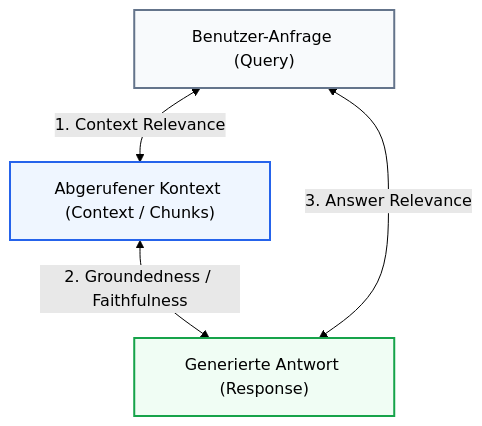
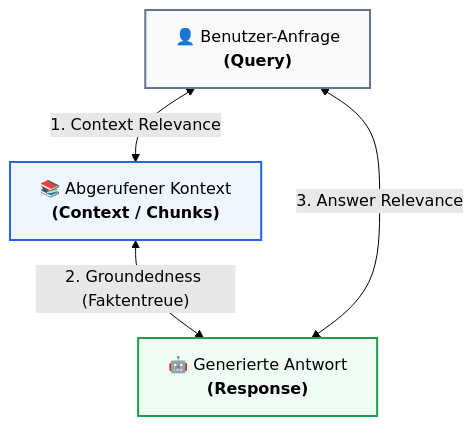
One commit to Lunaman06/Annex22 changed the second of 3 diagrams in docs/de/appendix_genai_rag_gxp.md. Above: the diagram before and after it, drawn with Mermaid (forest theme). The commit also changed other lines of this file and 29 other files, not shown here.

Commit message:
style(docs): optimize mermaid diagram aspect ratios, edge flows and legibility across all DE and EN modules

````diff
--- a/docs/de/appendix_genai_rag_gxp.md
+++ b/docs/de/appendix_genai_rag_gxp.md
@@ -91,14 +102,14 @@
 ```mermaid
-graph TD
-    Q["Benutzer-Anfrage (Query)"]
-    C["Abgerufener Kontext (Context / Chunks)"]
-    A["Generierte Antwort (Response)"]
+flowchart TD
+    Q["👤 Benutzer-Anfrage<br/><b>(Query)</b>"]
+    C["📚 Abgerufener Kontext<br/><b>(Context / Chunks)</b>"]
+    A["🤖 Generierte Antwort<br/><b>(Response)</b>"]
 
-    Q <-->|1. Context Relevance| C
-    C <-->|2. Groundedness / Faithfulness| A
-    Q <-->|3. Answer Relevance| A
+    Q <-->|"1. Context Relevance"| C
+    C <-->|"2. Groundedness (Faktentreue)"| A
+    Q <-->|"3. Answer Relevance"| A
 
     style Q fill:#f8fafc,stroke:#64748b,stroke-width:2px
     style C fill:#eff6ff,stroke:#2563eb,stroke-width:2px
     style A fill:#f0fdf4,stroke:#16a34a,stroke-width:2px
 ```
````
